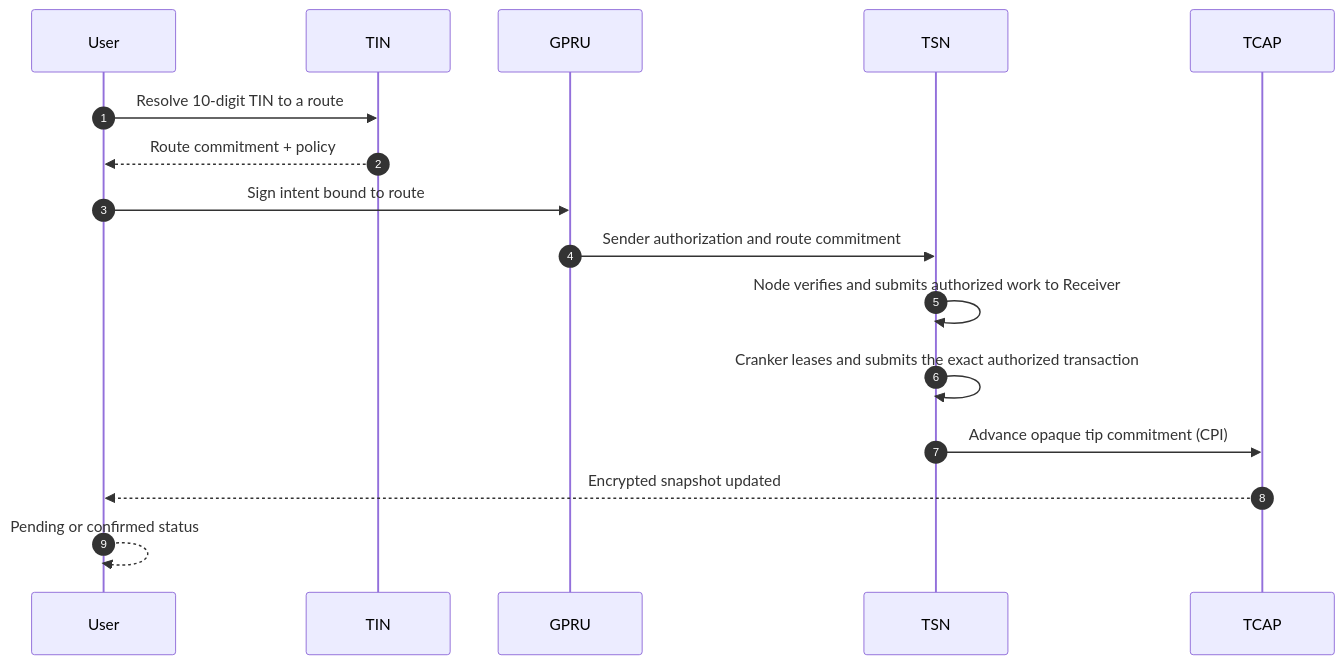
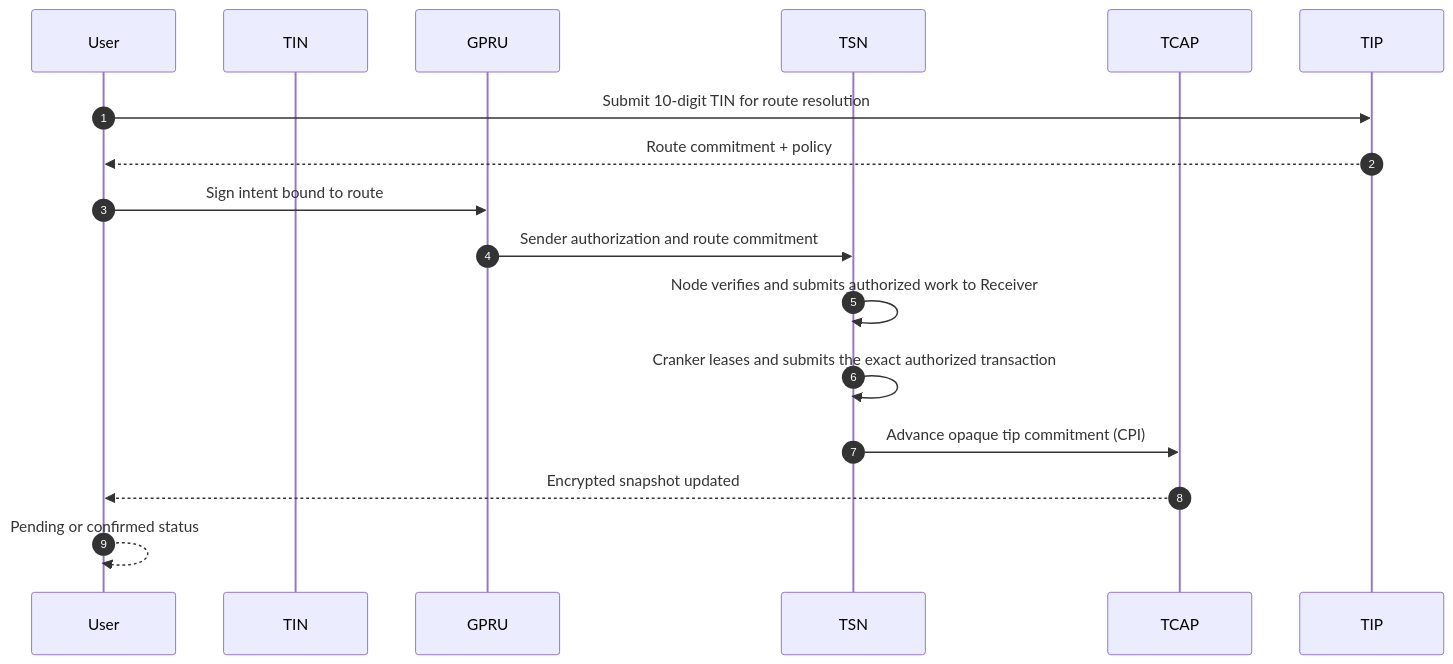
The diagram in tsn-docs/how-it-works/how-a-payment-feels.mdx (Trustlink-Labs/TSN-Protocol), drawn with Mermaid before and after one commit. The commit also changed 64 other files, not shown here.

````diff
--- a/tsn-docs/how-it-works/how-a-payment-feels.mdx
+++ b/tsn-docs/how-it-works/how-a-payment-feels.mdx
@@ -21,19 +21,19 @@
 ```mermaid
 sequenceDiagram
     autonumber
     participant U as User
     participant TIN as TIN
     participant GPRU as GPRU
     participant TSN as TSN
     participant TCAP as TCAP
 
-    U->>TIN: Resolve 10-digit TIN to a route
-    TIN-->>U: Route commitment + policy
+    U->>TIP: Submit 10-digit TIN for route resolution
+    TIP-->>U: Route commitment + policy
     U->>GPRU: Sign intent bound to route
     GPRU->>TSN: Sender authorization and route commitment
     TSN->>TSN: Node verifies and submits authorized work to Receiver
     TSN->>TSN: Cranker leases and submits the exact authorized transaction
     TSN->>TCAP: Advance opaque tip commitment (CPI)
     TCAP-->>U: Encrypted snapshot updated
     U-->>U: Pending or confirmed status
 ```
````
